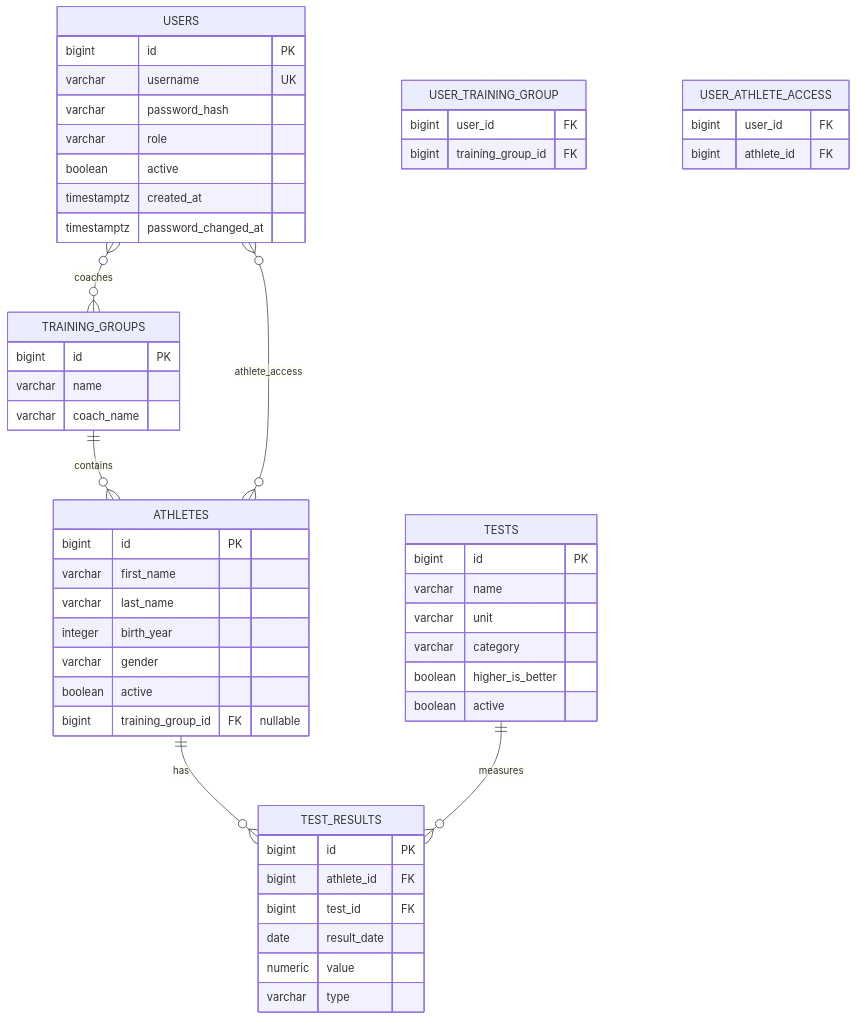
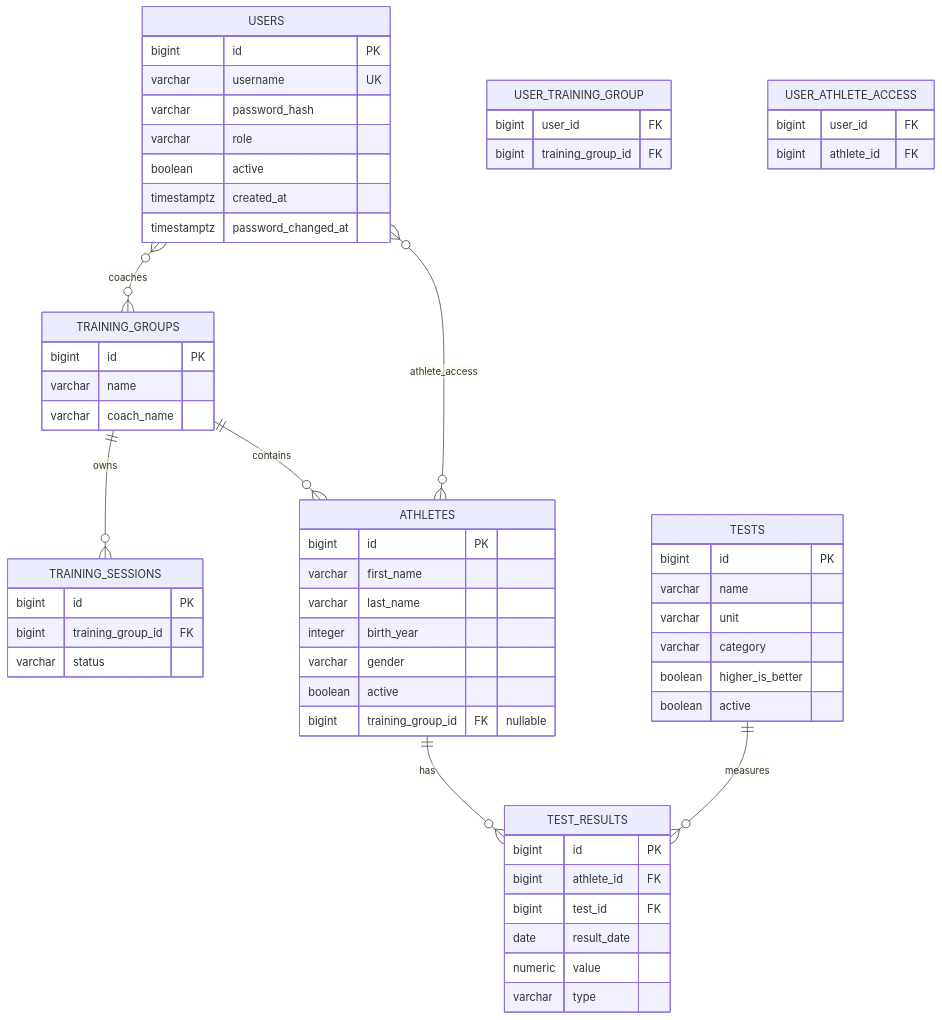
One commit to maskrz/tfhub changed the diagram in docs/backend/data-model.md. Above: the diagram before and after it, drawn with Mermaid. The commit also changed other lines of this file and 52 other files, not shown here.

````diff
--- a/docs/backend/data-model.md
+++ b/docs/backend/data-model.md
@@ -23,62 +24,69 @@
 ```mermaid
 erDiagram
     USERS {
         bigint id PK
         varchar username UK
         varchar password_hash
         varchar role
         boolean active
         timestamptz created_at
         timestamptz password_changed_at
     }
 
     TRAINING_GROUPS {
         bigint id PK
         varchar name
         varchar coach_name
     }
 
+    TRAINING_SESSIONS {
+        bigint id PK
+        bigint training_group_id FK
+        varchar status
+    }
+
     USER_TRAINING_GROUP {
         bigint user_id FK
         bigint training_group_id FK
     }
 
     USER_ATHLETE_ACCESS {
         bigint user_id FK
         bigint athlete_id FK
     }
 
     TRAINING_GROUPS ||--o{ ATHLETES : contains
+    TRAINING_GROUPS ||--o{ TRAINING_SESSIONS : owns
     USERS }o--o{ TRAINING_GROUPS : coaches
     USERS }o--o{ ATHLETES : athlete_access
     ATHLETES ||--o{ TEST_RESULTS : has
     TESTS ||--o{ TEST_RESULTS : measures
 
     ATHLETES {
         bigint id PK
         varchar first_name
         varchar last_name
         integer birth_year
         varchar gender
         boolean active
         bigint training_group_id FK "nullable"
     }
 
     TESTS {
         bigint id PK
         varchar name
         varchar unit
         varchar category
         boolean higher_is_better
         boolean active
     }
 
     TEST_RESULTS {
         bigint id PK
         bigint athlete_id FK
         bigint test_id FK
         date result_date
         numeric value
         varchar type
     }
 ```
````
